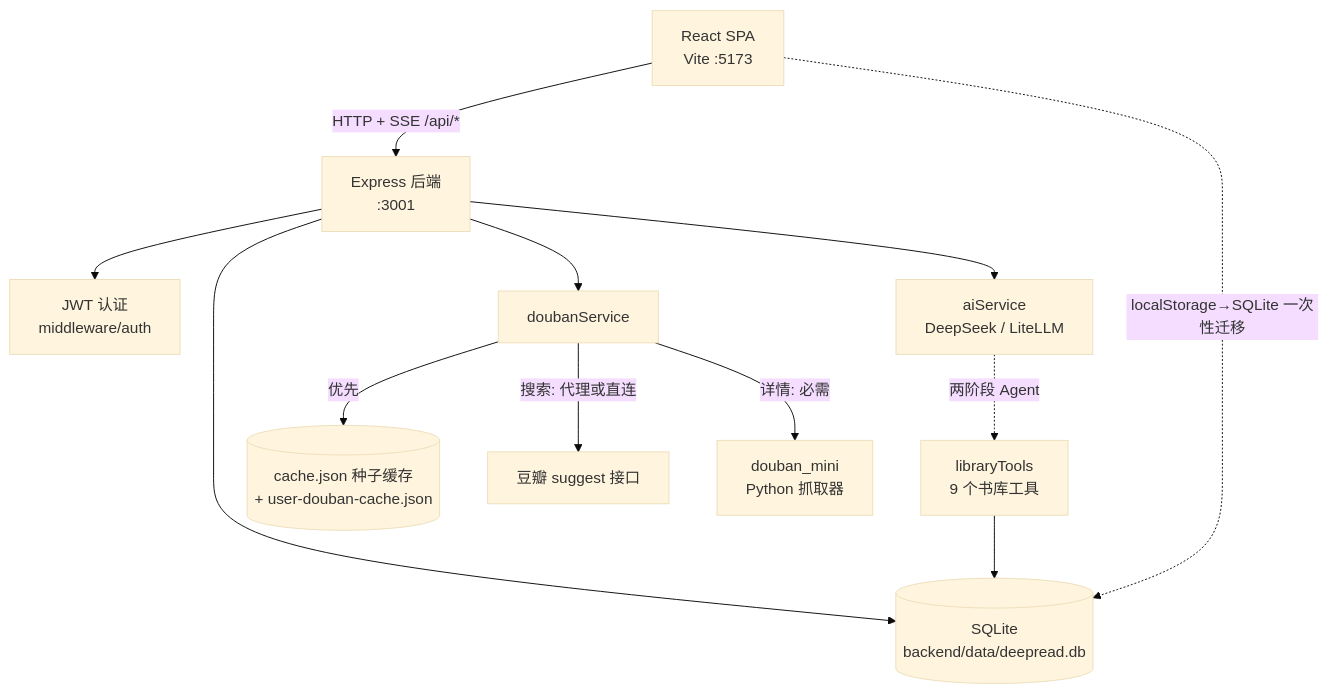
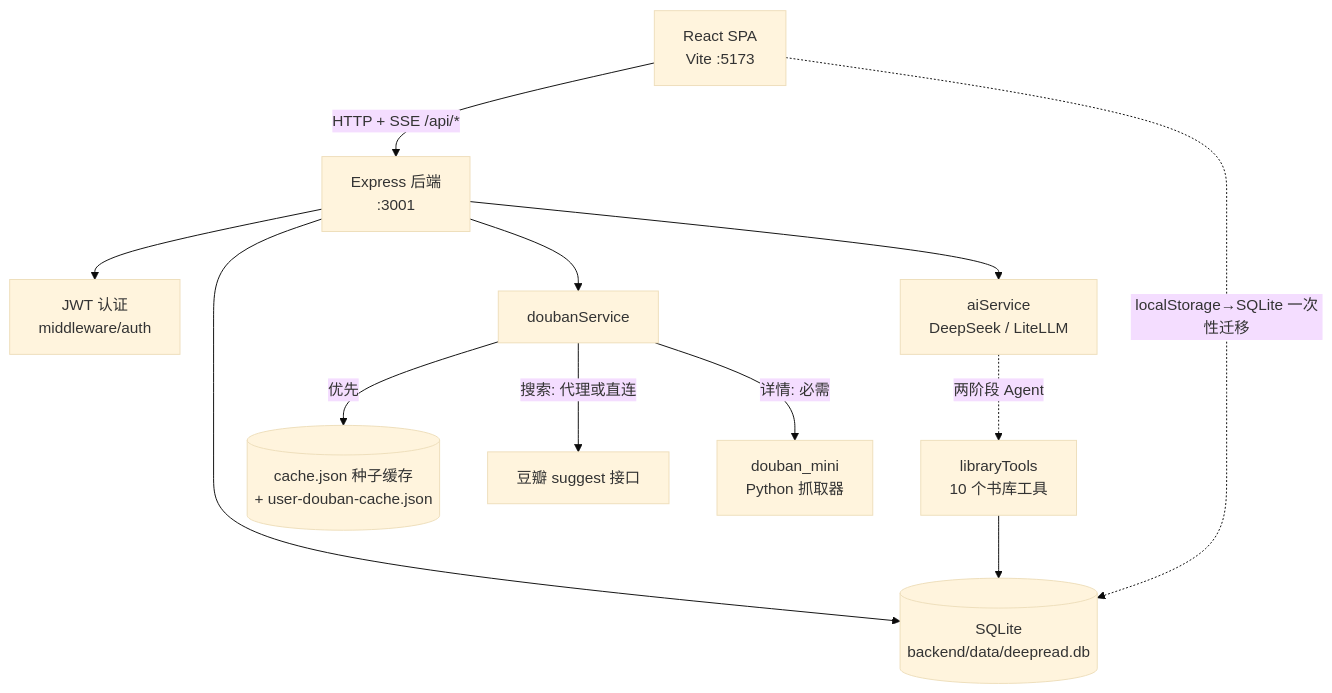
Before and after one commit to XD06/recommend-book: the diagram in ARCHITECTURE.md, drawn with Mermaid (base theme). The commit also changed other lines of this file and 25 other files, not shown here.

````diff
--- a/ARCHITECTURE.md
+++ b/ARCHITECTURE.md
@@ -7,14 +7,14 @@
 ```mermaid
 graph TD
     UI[React SPA<br/>Vite :5173] -->|HTTP + SSE /api/*| API[Express 后端<br/>:3001]
     API --> AUTH[JWT 认证<br/>middleware/auth]
     API --> AI[aiService<br/>DeepSeek / LiteLLM]
     API --> DB[(SQLite<br/>backend/data/deepread.db)]
-    AI -.->|两阶段 Agent| TOOLS[libraryTools<br/>9 个书库工具]
+    AI -.->|两阶段 Agent| TOOLS[libraryTools<br/>10 个书库工具]
     TOOLS --> DB
     API --> DOUBAN[doubanService]
     DOUBAN -->|优先| CACHE[(cache.json 种子缓存<br/>+ user-douban-cache.json)]
     DOUBAN -->|搜索: 代理或直连| PROXY[豆瓣 suggest 接口]
     DOUBAN -->|详情: 必需| PY[douban_mini<br/>Python 抓取器]
     UI -.->|localStorage→SQLite 一次性迁移| DB
 ```
````
